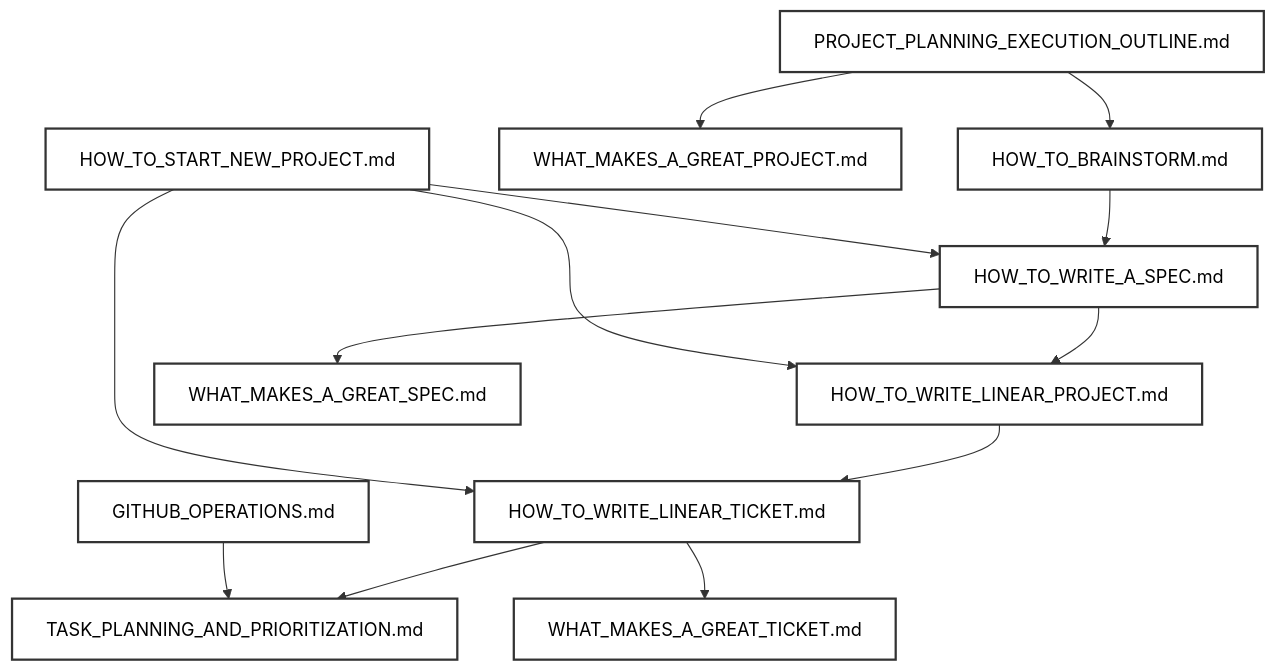
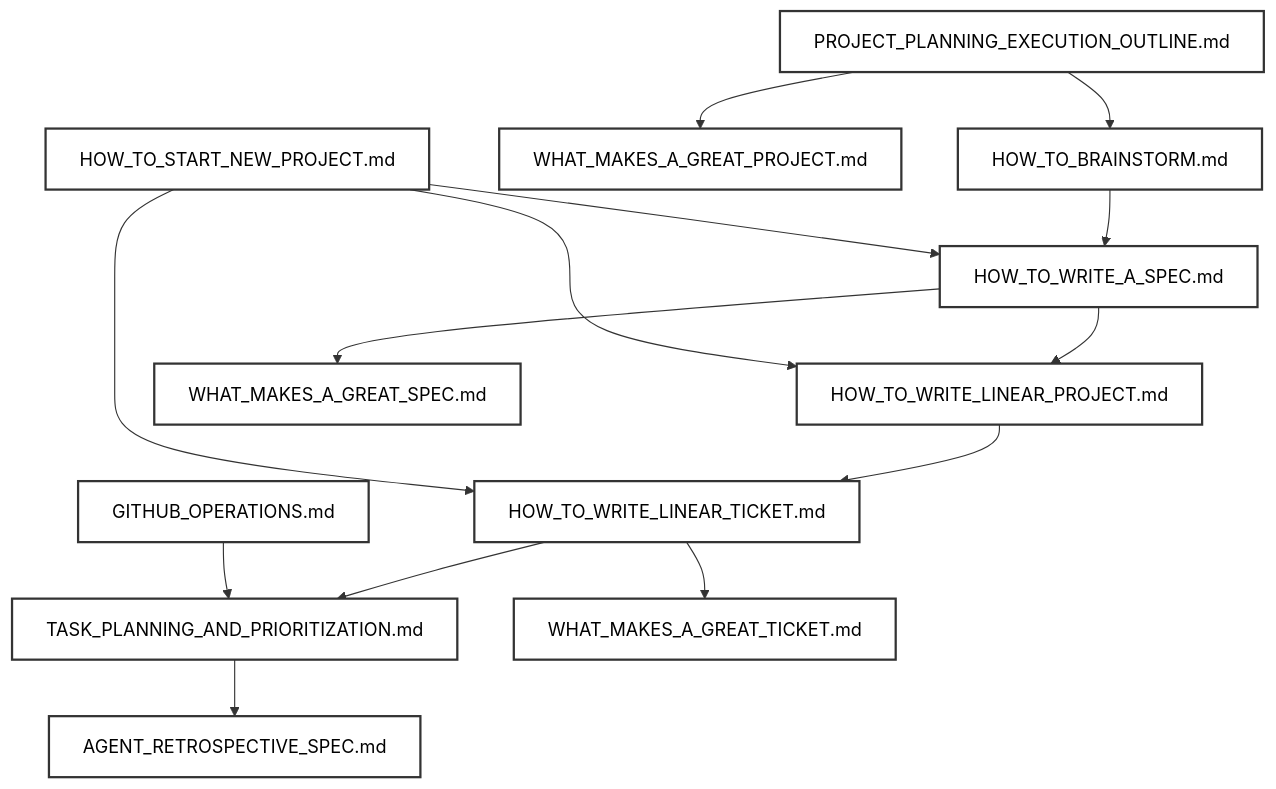
The diagram in agents/task_instructions/project_management/README.md (mark-torres10/ai_tools), drawn with Mermaid before and after one commit. The commit also changed other lines of this file and 5 other files, not shown here.

Commit message:
Add agent retrospective prompt and prompt to pass context to the next agent

````diff
--- a/agents/task_instructions/project_management/README.md
+++ b/agents/task_instructions/project_management/README.md
@@ -11,30 +11,32 @@
 ```mermaid
 graph TD
     A[PROJECT_PLANNING_EXECUTION_OUTLINE.md] --> B[HOW_TO_BRAINSTORM.md]
     B --> C[HOW_TO_WRITE_A_SPEC.md]
     C --> D[HOW_TO_WRITE_LINEAR_PROJECT.md]
     D --> E[HOW_TO_WRITE_LINEAR_TICKET.md]
     E --> F[TASK_PLANNING_AND_PRIORITIZATION.md]
+    F --> L[AGENT_RETROSPECTIVE_SPEC.md]
     
     A --> G[WHAT_MAKES_A_GREAT_PROJECT.md]
     C --> H[WHAT_MAKES_A_GREAT_SPEC.md]
     E --> I[WHAT_MAKES_A_GREAT_TICKET.md]
     
     J[HOW_TO_START_NEW_PROJECT.md] --> C
     J --> D
     J --> E
     
     K[GITHUB_OPERATIONS.md] --> F
     
     style A fill:#ffffff,stroke:#333,stroke-width:2px,color:#000
     style B fill:#ffffff,stroke:#333,stroke-width:2px,color:#000
     style C fill:#ffffff,stroke:#333,stroke-width:2px,color:#000
     style D fill:#ffffff,stroke:#333,stroke-width:2px,color:#000
     style E fill:#ffffff,stroke:#333,stroke-width:2px,color:#000
     style F fill:#ffffff,stroke:#333,stroke-width:2px,color:#000
     style G fill:#ffffff,stroke:#333,stroke-width:2px,color:#000
     style H fill:#ffffff,stroke:#333,stroke-width:2px,color:#000
     style I fill:#ffffff,stroke:#333,stroke-width:2px,color:#000
     style J fill:#ffffff,stroke:#333,stroke-width:2px,color:#000
     style K fill:#ffffff,stroke:#333,stroke-width:2px,color:#000
+    style L fill:#ffffff,stroke:#333,stroke-width:2px,color:#000
 ```
````
